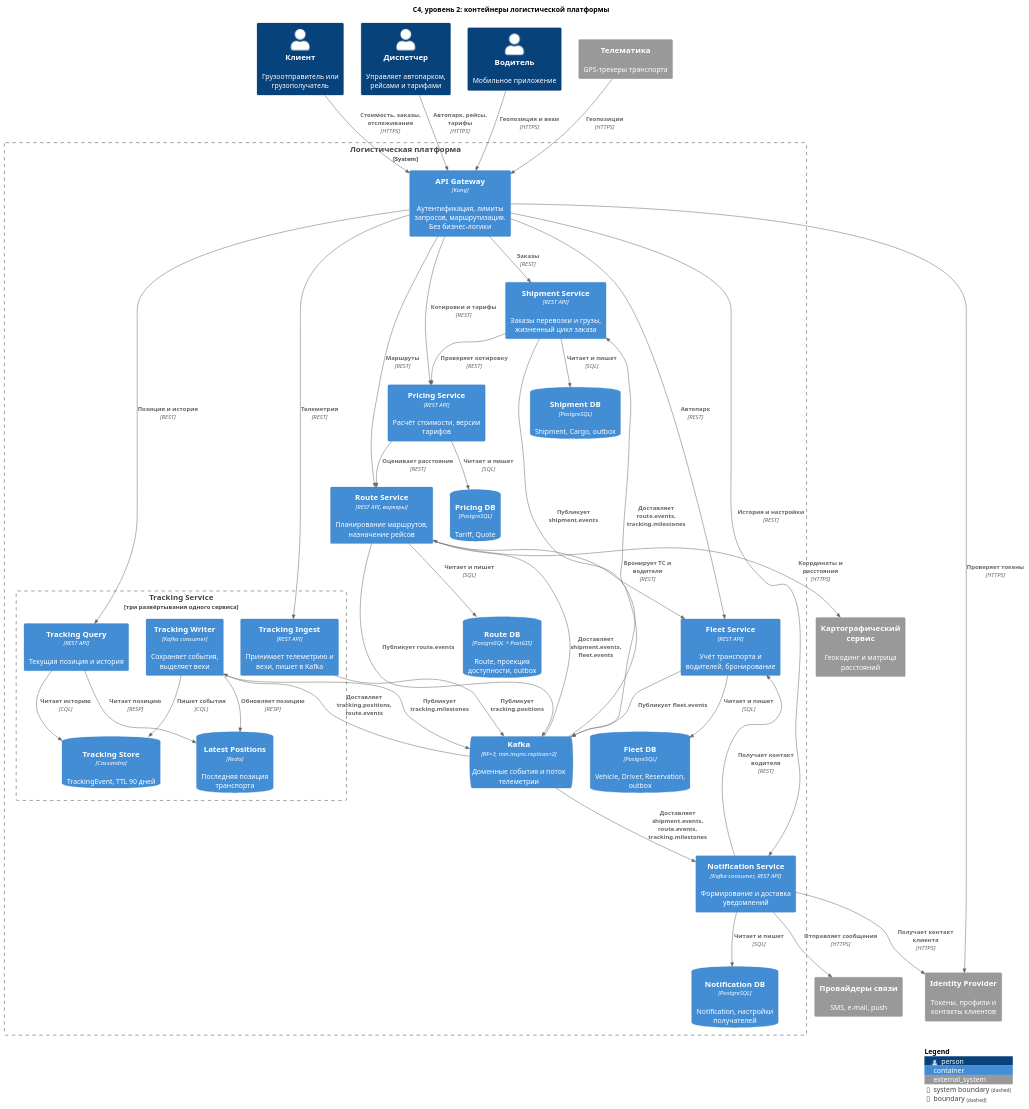
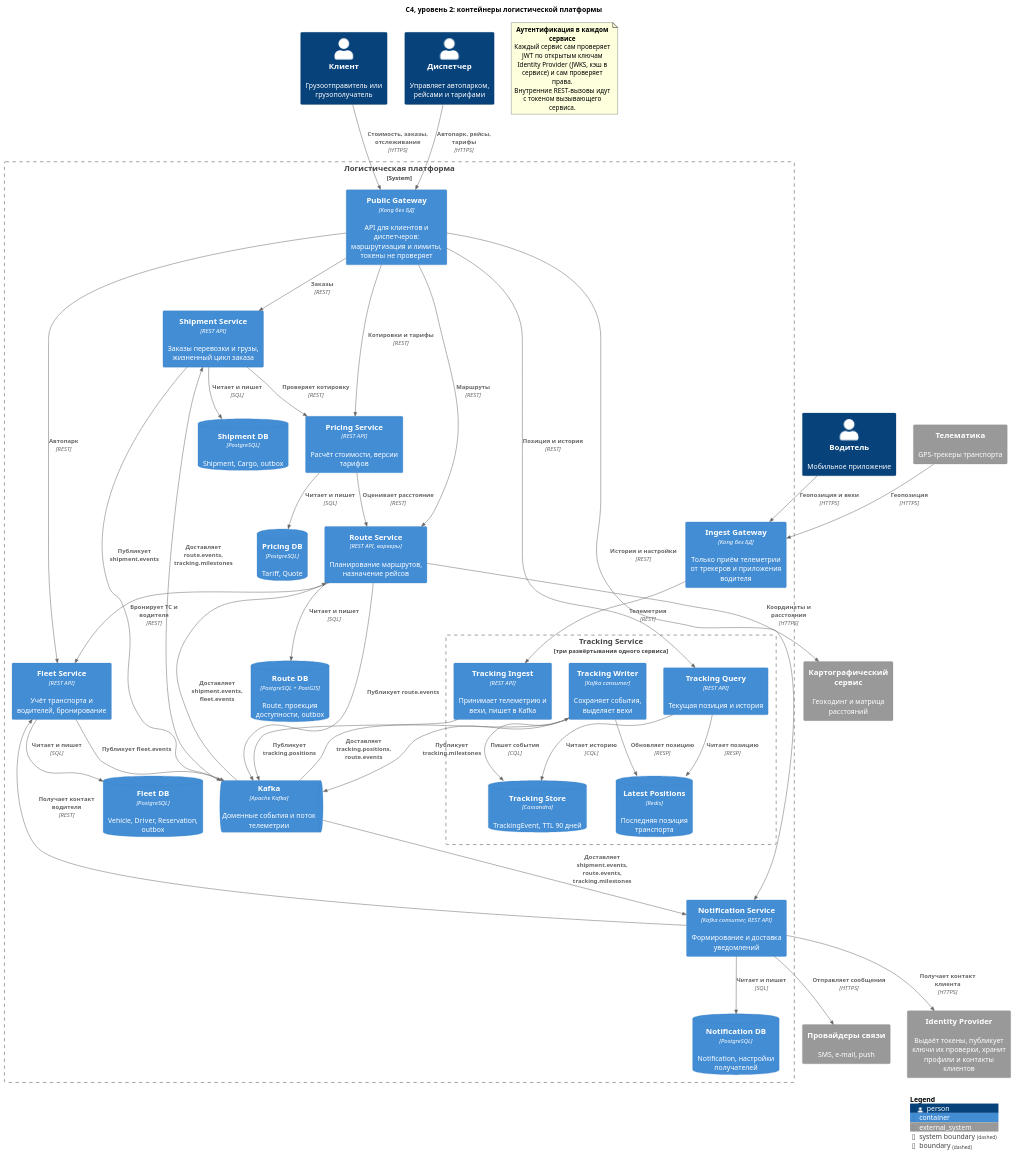
The diagram in 1_lab/diagrams/c4-container.puml (Yagiar/MicroservicesItmo), drawn with PlantUML before and after one commit. The commit also changed 7 other files, not shown here.

```diff
--- a/1_lab/diagrams/c4-container.puml
+++ b/1_lab/diagrams/c4-container.puml
@@ -1,88 +1,95 @@
 @startuml c4-container
 !include <C4/C4_Container>
 
 title C4, уровень 2: контейнеры логистической платформы
 
 Person(customer, "Клиент", "Грузоотправитель или грузополучатель")
 Person(dispatcher, "Диспетчер", "Управляет автопарком, рейсами и тарифами")
 Person(driver, "Водитель", "Мобильное приложение")
 
 System_Ext(telematics, "Телематика", "GPS-трекеры транспорта")
-System_Ext(idp, "Identity Provider", "Токены, профили и контакты клиентов")
+System_Ext(idp, "Identity Provider", "Выдаёт токены, публикует ключи их проверки, хранит профили и контакты клиентов")
 System_Ext(maps, "Картографический сервис", "Геокодинг и матрица расстояний")
 System_Ext(comms, "Провайдеры связи", "SMS, e-mail, push")
 
 System_Boundary(platform, "Логистическая платформа") {
-  Container(gateway, "API Gateway", "Kong", "Аутентификация, лимиты запросов, маршрутизация. Без бизнес-логики")
+  Container(public_gw, "Public Gateway", "Kong без БД", "API для клиентов и диспетчеров: маршрутизация и лимиты, токены не проверяет")
+  Container(ingest_gw, "Ingest Gateway", "Kong без БД", "Только приём телеметрии от трекеров и приложения водителя")
 
   Container(shipment_svc, "Shipment Service", "REST API", "Заказы перевозки и грузы, жизненный цикл заказа")
   ContainerDb(shipment_db, "Shipment DB", "PostgreSQL", "Shipment, Cargo, outbox")
 
   Container(pricing_svc, "Pricing Service", "REST API", "Расчёт стоимости, версии тарифов")
   ContainerDb(pricing_db, "Pricing DB", "PostgreSQL", "Tariff, Quote")
 
   Container(route_svc, "Route Service", "REST API, воркеры", "Планирование маршрутов, назначение рейсов")
   ContainerDb(route_db, "Route DB", "PostgreSQL + PostGIS", "Route, проекция доступности, outbox")
 
   Container(fleet_svc, "Fleet Service", "REST API", "Учёт транспорта и водителей, бронирование")
   ContainerDb(fleet_db, "Fleet DB", "PostgreSQL", "Vehicle, Driver, Reservation, outbox")
 
   Boundary(tracking_group, "Tracking Service", "три развёртывания одного сервиса") {
     Container(tracking_ingest, "Tracking Ingest", "REST API", "Принимает телеметрию и вехи, пишет в Kafka")
     Container(tracking_writer, "Tracking Writer", "Kafka consumer", "Сохраняет события, выделяет вехи")
     Container(tracking_query, "Tracking Query", "REST API", "Текущая позиция и история")
     ContainerDb(tracking_db, "Tracking Store", "Cassandra", "TrackingEvent, TTL 90 дней")
     ContainerDb(tracking_cache, "Latest Positions", "Redis", "Последняя позиция транспорта")
   }
 
   Container(notification_svc, "Notification Service", "Kafka consumer, REST API", "Формирование и доставка уведомлений")
   ContainerDb(notification_db, "Notification DB", "PostgreSQL", "Notification, настройки получателей")
 
-  ContainerQueue(kafka, "Kafka", "RF=3, min.insync.replicas=2", "Доменные события и поток телеметрии")
+  ContainerQueue(kafka, "Kafka", "Apache Kafka", "Доменные события и поток телеметрии")
 }
 
-Rel(customer, gateway, "Стоимость, заказы, отслеживание", "HTTPS")
-Rel(dispatcher, gateway, "Автопарк, рейсы, тарифы", "HTTPS")
-Rel(driver, gateway, "Геопозиция и вехи", "HTTPS")
-Rel(telematics, gateway, "Геопозиция", "HTTPS")
-Rel(gateway, idp, "Проверяет токены", "HTTPS")
+Rel(customer, public_gw, "Стоимость, заказы, отслеживание", "HTTPS")
+Rel(dispatcher, public_gw, "Автопарк, рейсы, тарифы", "HTTPS")
+Rel(driver, ingest_gw, "Геопозиция и вехи", "HTTPS")
+Rel(telematics, ingest_gw, "Геопозиция", "HTTPS")
 
-Rel(gateway, shipment_svc, "Заказы", "REST")
-Rel(gateway, pricing_svc, "Котировки и тарифы", "REST")
-Rel(gateway, route_svc, "Маршруты", "REST")
-Rel(gateway, fleet_svc, "Автопарк", "REST")
-Rel(gateway, tracking_ingest, "Телеметрия", "REST")
-Rel(gateway, tracking_query, "Позиция и история", "REST")
-Rel(gateway, notification_svc, "История и настройки", "REST")
+Rel(public_gw, shipment_svc, "Заказы", "REST")
+Rel(public_gw, pricing_svc, "Котировки и тарифы", "REST")
+Rel(public_gw, route_svc, "Маршруты", "REST")
+Rel(public_gw, fleet_svc, "Автопарк", "REST")
+Rel(ingest_gw, tracking_ingest, "Телеметрия", "REST")
+Rel(public_gw, tracking_query, "Позиция и история", "REST")
+Rel(public_gw, notification_svc, "История и настройки", "REST")
 
 Rel(shipment_svc, pricing_svc, "Проверяет котировку", "REST")
 Rel(pricing_svc, route_svc, "Оценивает расстояние", "REST")
 Rel(route_svc, fleet_svc, "Бронирует ТС и водителя", "REST")
 Rel(notification_svc, fleet_svc, "Получает контакт водителя", "REST")
 
 Rel(route_svc, maps, "Координаты и расстояния", "HTTPS")
 Rel(notification_svc, comms, "Отправляет сообщения", "HTTPS")
 Rel(notification_svc, idp, "Получает контакт клиента", "HTTPS")
 
 Rel(shipment_svc, shipment_db, "Читает и пишет", "SQL")
 Rel(pricing_svc, pricing_db, "Читает и пишет", "SQL")
 Rel(route_svc, route_db, "Читает и пишет", "SQL")
 Rel(fleet_svc, fleet_db, "Читает и пишет", "SQL")
 Rel(notification_svc, notification_db, "Читает и пишет", "SQL")
 Rel(tracking_writer, tracking_db, "Пишет события", "CQL")
 Rel(tracking_writer, tracking_cache, "Обновляет позицию", "RESP")
 Rel(tracking_query, tracking_db, "Читает историю", "CQL")
 Rel(tracking_query, tracking_cache, "Читает позицию", "RESP")
 
 Rel(shipment_svc, kafka, "Публикует shipment.events")
 Rel(kafka, shipment_svc, "Доставляет route.events, tracking.milestones")
 Rel(route_svc, kafka, "Публикует route.events")
 Rel(kafka, route_svc, "Доставляет shipment.events, fleet.events")
 Rel(fleet_svc, kafka, "Публикует fleet.events")
 Rel(tracking_ingest, kafka, "Публикует tracking.positions")
 Rel(kafka, tracking_writer, "Доставляет tracking.positions, route.events")
 Rel(tracking_writer, kafka, "Публикует tracking.milestones")
 Rel(kafka, notification_svc, "Доставляет shipment.events, route.events, tracking.milestones")
 
+note as auth_note
+  <b>Аутентификация в каждом сервисе</b>
+  Каждый сервис сам проверяет JWT по открытым ключам
+  Identity Provider (JWKS, кэш в сервисе) и сам проверяет права.
+  Внутренние REST-вызовы идут с токеном вызывающего сервиса.
+end note
+
 SHOW_LEGEND()
 @enduml
```
